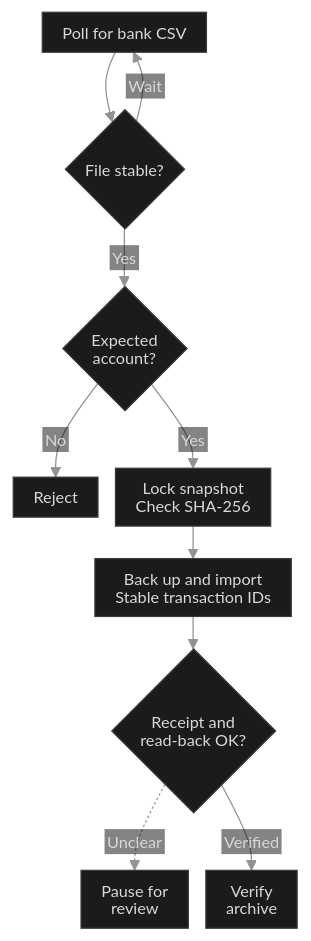
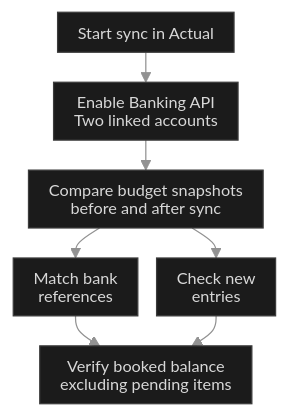
The diagram in diagrams/bank-imports-compact.mmd (kazuall/finance-process-portfolio), drawn with Mermaid before and after one commit. The commit also changed 35 other files, not shown here.

```diff
--- a/diagrams/bank-imports-compact.mmd
+++ b/diagrams/bank-imports-compact.mmd
@@ -1,38 +1,35 @@
 ---
 config:
   theme: base
   htmlLabels: false
   themeVariables:
     darkMode: true
     background: '#0a0a0a'
     fontFamily: 'Inter, -apple-system, BlinkMacSystemFont, Segoe UI, sans-serif'
     fontSize: '13px'
     primaryColor: '#1b1b1b'
     primaryTextColor: '#d8d8d8'
     primaryBorderColor: '#3c3c3c'
     lineColor: '#929292'
     edgeLabelBackground: '#0a0a0a'
     textColor: '#d8d8d8'
   flowchart:
     htmlLabels: false
     useMaxWidth: false
-    nodeSpacing: 14
-    rankSpacing: 26
-    wrappingWidth: 220
+    nodeSpacing: 15
+    rankSpacing: 24
+    wrappingWidth: 240
     padding: 8
     diagramPadding: 5
     curve: basis
   themeCSS: 'text,tspan{font-family:system-ui,sans-serif!important;font-weight:400!important}.node rect.label-container{rx:3px;ry:3px}.node rect,.node polygon,.flowchart-link{stroke-width:.85px!important}.edgeLabel .labelBkg{fill:#0a0a0a!important;opacity:1!important}.edgeLabel text{fill:#bebebe!important}'
 ---
 flowchart TB
-  accTitle: Bank import
-  accDescr: A stable statement for the expected account is copied under a lock. Actual Budget is backed up before import using stable transaction IDs. A verified receipt allows archiving. An uncertain write pauses the watcher for audit.
-  csv["Poll for bank CSV"] --> stable{"File stable?"}
-  stable -->|Wait| csv
-  stable -->|Yes| account{"Expected<br/>account?"}
-  account -->|No| reject["Reject"]
-  account -->|Yes| lock["Lock snapshot<br/>Check SHA-256"]
-  lock --> write["Back up and import<br/>Stable transaction IDs"]
-  write --> audit{"Receipt and<br/>read-back OK?"}
-  audit -.->|Unclear| pause["Pause for<br/>review"]
-  audit -->|Verified| archive["Verify<br/>archive"]
+  accTitle: Bank sync and reconciliation
+  accDescr: Actual Budget reads two linked accounts through Enable Banking. I compare budget snapshots to check matched and new entries, then reconcile the booked balance separately from pending amounts.
+  start["Start sync in Actual"] --> feed["Enable Banking API<br/>Two linked accounts"]
+  feed --> audit["Compare budget snapshots<br/>before and after sync"]
+  audit --> existing["Match bank<br/>references"]
+  audit --> added["Check new<br/>entries"]
+  existing --> balance["Verify booked balance<br/>excluding pending items"]
+  added --> balance
```
